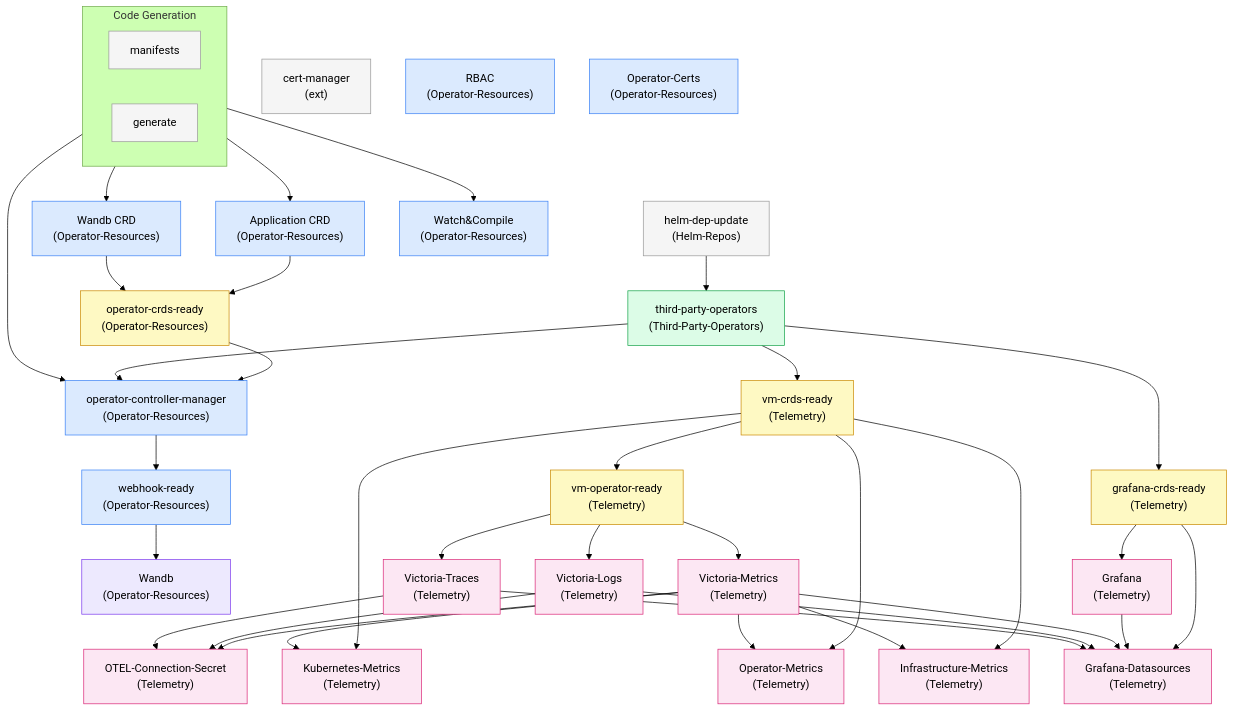
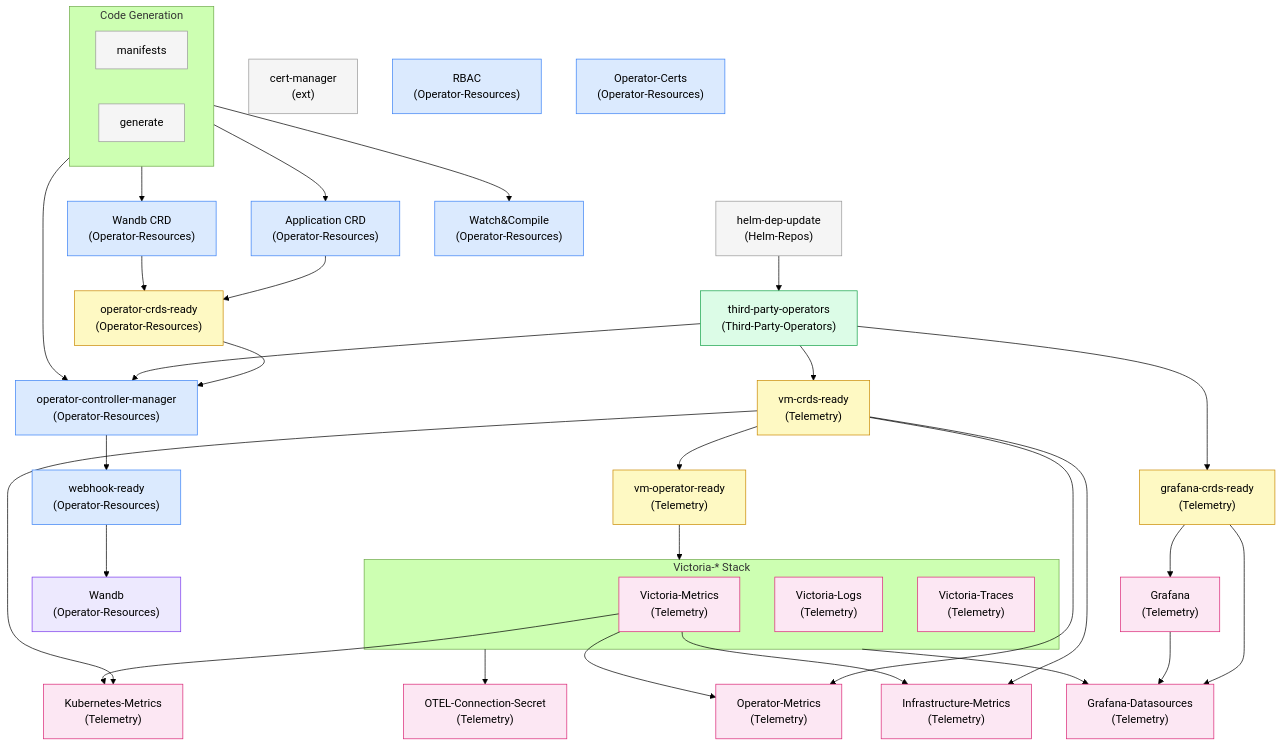
One commit to wandb/operator changed the diagram in docs/design/wandb_v2/tilt.md. Above: the diagram before and after it, drawn with Mermaid (forest theme).

Commit message:
docs: group Victoria-* resources into subgraph in dependency graph

```diff
--- a/docs/design/wandb_v2/tilt.md
+++ b/docs/design/wandb_v2/tilt.md
@@ -57,21 +57,19 @@
     vm_crds     --> vm_operator
 
     %% ── Victoria Metrics Stack ─────────────────────────────────────
-    victoria_metrics["Victoria-Metrics\n(Telemetry)"]
-    victoria_logs["Victoria-Logs\n(Telemetry)"]
-    victoria_traces["Victoria-Traces\n(Telemetry)"]
-    vm_operator --> victoria_metrics
-    vm_operator --> victoria_logs
-    vm_operator --> victoria_traces
+    subgraph victoria_stack["Victoria-* Stack"]
+        victoria_metrics["Victoria-Metrics\n(Telemetry)"]
+        victoria_logs["Victoria-Logs\n(Telemetry)"]
+        victoria_traces["Victoria-Traces\n(Telemetry)"]
+    end
+    vm_operator --> victoria_stack
 
     %% ── Telemetry Dependents ───────────────────────────────────────
     otel["OTEL-Connection-Secret\n(Telemetry)"]
     kube_metrics["Kubernetes-Metrics\n(Telemetry)"]
     op_metrics["Operator-Metrics\n(Telemetry)"]
     infra_metrics["Infrastructure-Metrics\n(Telemetry)"]
-    victoria_metrics --> otel
-    victoria_logs    --> otel
-    victoria_traces  --> otel
+    victoria_stack   --> otel
     vm_crds          --> kube_metrics
     victoria_metrics --> kube_metrics
     vm_crds          --> op_metrics
@@ -82,12 +80,10 @@
     %% ── Grafana Stack ──────────────────────────────────────────────
     grafana["Grafana\n(Telemetry)"]
     grafana_ds["Grafana-Datasources\n(Telemetry)"]
-    grafana_crds     --> grafana
-    grafana_crds     --> grafana_ds
-    grafana          --> grafana_ds
-    victoria_metrics --> grafana_ds
-    victoria_logs    --> grafana_ds
-    victoria_traces  --> grafana_ds
+    grafana_crds   --> grafana
+    grafana_crds   --> grafana_ds
+    grafana        --> grafana_ds
+    victoria_stack --> grafana_ds
 
     %% ── Styles ─────────────────────────────────────────────────────
     classDef bootstrap  fill:#f5f5f5,stroke:#999
```
